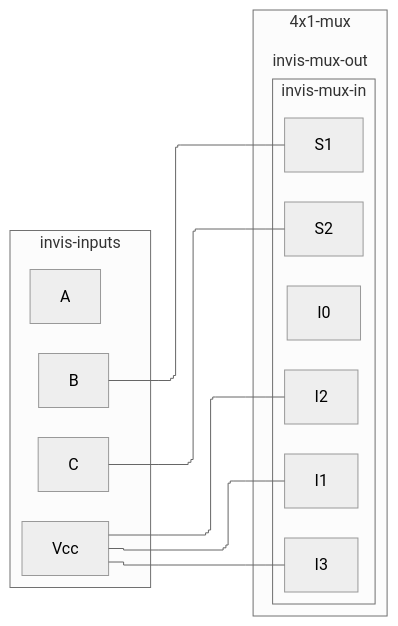
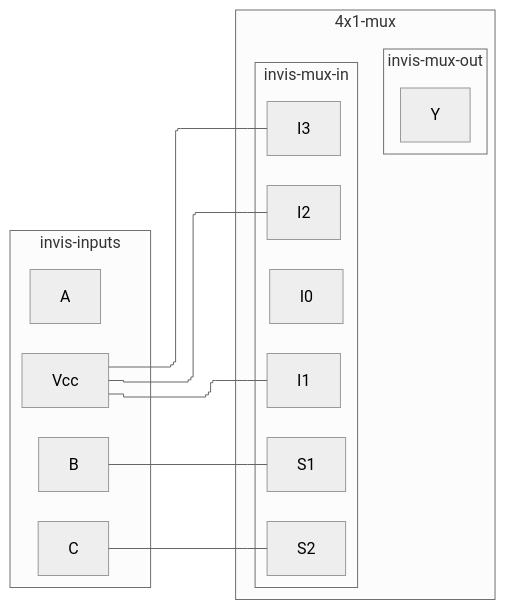
One commit to tnichols217/notes changed the fourth of 4 diagrams in CSDS 281 - Logic Design/HW/7/tables.md. Above: the diagram before and after it, drawn with Mermaid (neutral theme).

Commit message:
vault backup: 2024-03-27 12:00:14

````diff
--- a/CSDS 281 - Logic Design/HW/7/tables.md
+++ b/CSDS 281 - Logic Design/HW/7/tables.md
@@ -150,21 +150,23 @@
 ```mermaid
 %%{ init: { 'flowchart': { 'curve': 'stepBefore', "defaultRenderer": "elk" } } }%%
 flowchart LR
 subgraph invis-inputs
 A
 B
 C
 Vcc
 end
 subgraph 4x1-mux
 subgraph invis-mux-in
 I0
 Vcc --- I1 & I2 & I3
 B --- S1
 C --- S2
 end
 subgraph invis-mux-out
+Y
+end
+invis-mux-in ~~~ invis-mux-out
+end
 
-end
-end
 ```
````
